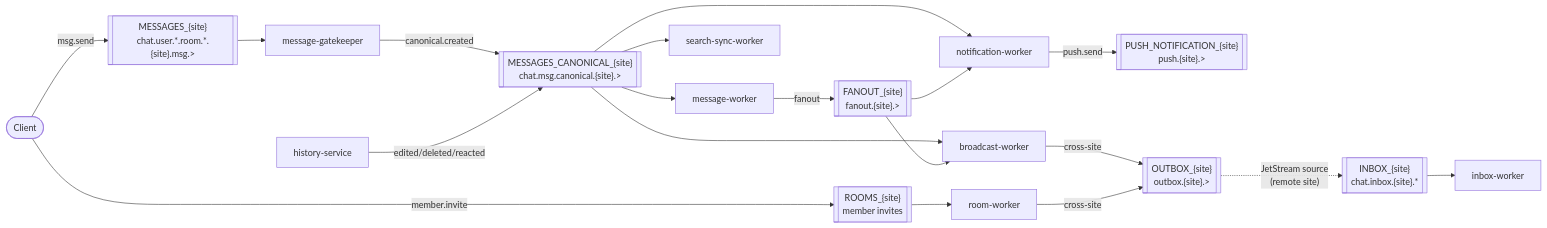
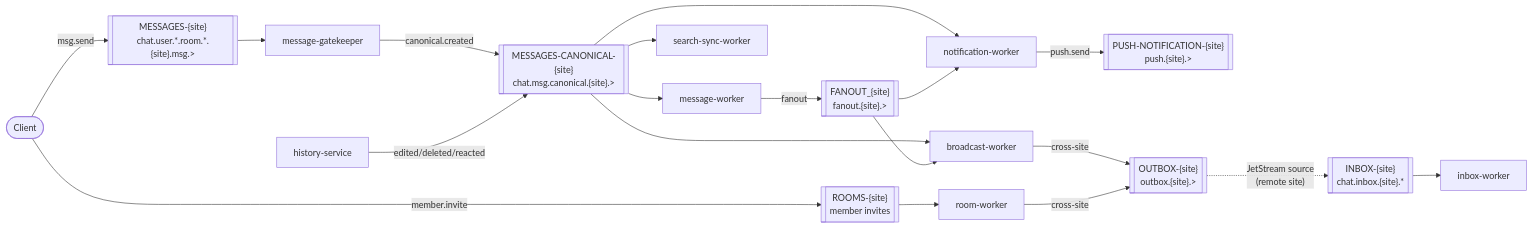
One commit to hmchangw/newchat changed the fourth of 5 diagrams in docs/architecture.md. Above: the diagram before and after it, drawn with Mermaid. The commit also changed other lines of this file and 89 other files, not shown here.

````diff
--- a/docs/architecture.md
+++ b/docs/architecture.md
@@ -196,37 +196,37 @@
 ```mermaid
 flowchart LR
     Client(["Client"])
 
-    MESSAGES[["MESSAGES_{site}<br/>chat.user.*.room.*.{site}.msg.&gt;"]]
-    CANON[["MESSAGES_CANONICAL_{site}<br/>chat.msg.canonical.{site}.&gt;"]]
+    MESSAGES[["MESSAGES-{site}<br/>chat.user.*.room.*.{site}.msg.&gt;"]]
+    CANON[["MESSAGES-CANONICAL-{site}<br/>chat.msg.canonical.{site}.&gt;"]]
     FANOUT[["FANOUT_{site}<br/>fanout.{site}.&gt;"]]
-    ROOMS[["ROOMS_{site}<br/>member invites"]]
-    PUSH[["PUSH_NOTIFICATION_{site}<br/>push.{site}.&gt;"]]
-    OUTBOX[["OUTBOX_{site}<br/>outbox.{site}.&gt;"]]
-    INBOX[["INBOX_{site}<br/>chat.inbox.{site}.*"]]
+    ROOMS[["ROOMS-{site}<br/>member invites"]]
+    PUSH[["PUSH-NOTIFICATION-{site}<br/>push.{site}.&gt;"]]
+    OUTBOX[["OUTBOX-{site}<br/>outbox.{site}.&gt;"]]
+    INBOX[["INBOX-{site}<br/>chat.inbox.{site}.*"]]
 
     Client -->|msg.send| MESSAGES
     MESSAGES --> GK[message-gatekeeper]
     GK -->|canonical.created| CANON
 
     CANON --> MW[message-worker]
     CANON --> BW[broadcast-worker]
     CANON --> NW[notification-worker]
     CANON --> SS[search-sync-worker]
 
     MW -->|fanout| FANOUT
     FANOUT --> BW
     FANOUT --> NW
 
     Client -->|member.invite| ROOMS
     ROOMS --> RW[room-worker]
 
     NW -->|push.send| PUSH
 
     BW -->|cross-site| OUTBOX
     RW -->|cross-site| OUTBOX
     OUTBOX -. "JetStream source<br/>(remote site)" .-> INBOX
     INBOX --> IW[inbox-worker]
 
     HS[history-service] -->|edited/deleted/reacted| CANON
 ```
````
